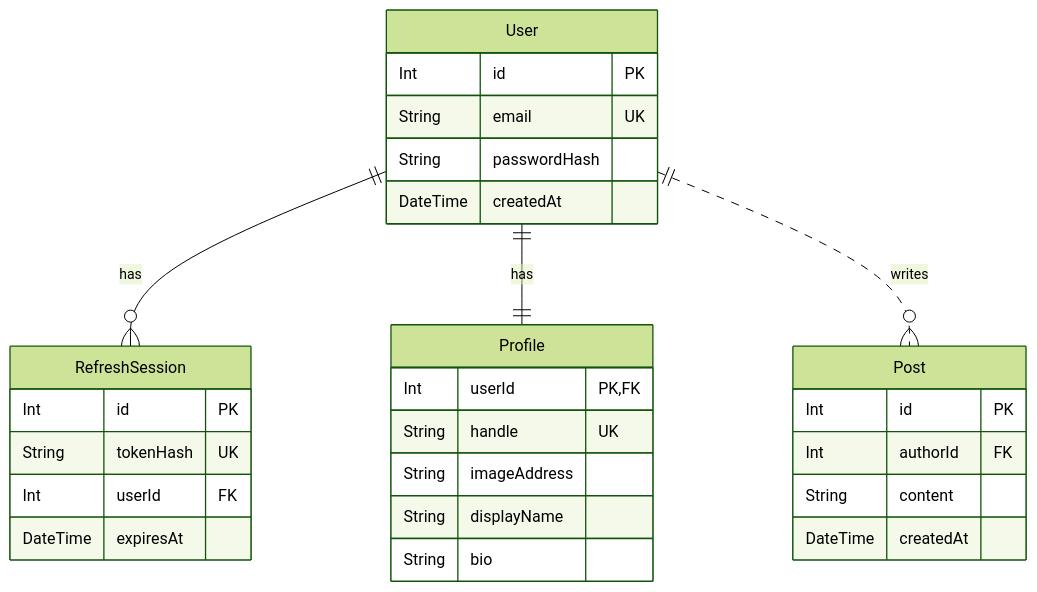
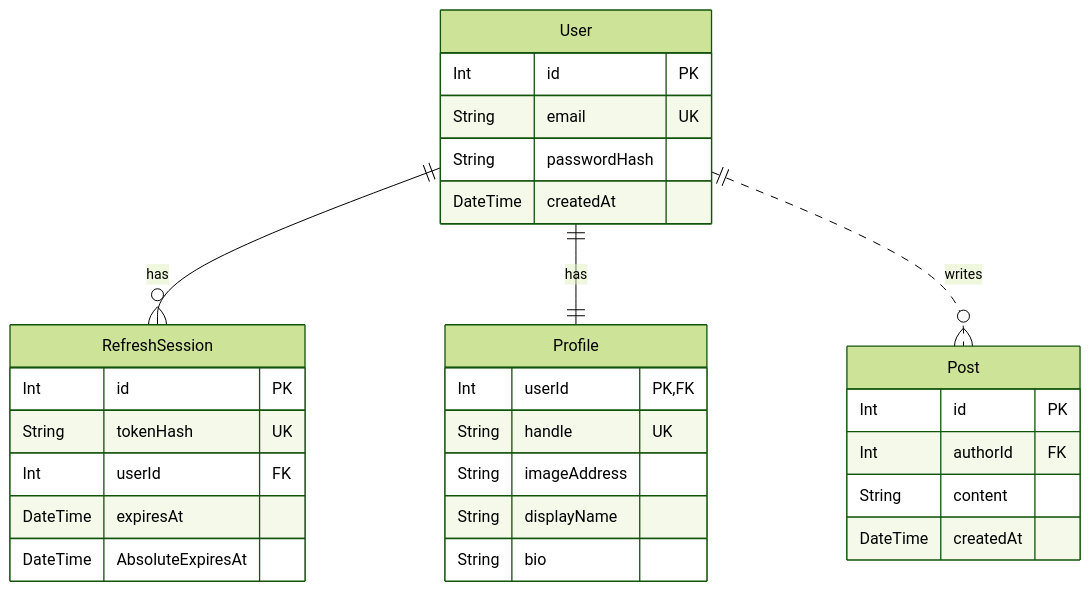
One commit to eudooyoung/odin-book changed the eighth of 8 diagrams in docs/PLAN.md. Above: the diagram before and after it, drawn with Mermaid (forest theme). The commit also changed 5 other files, not shown here.

````diff
--- a/docs/PLAN.md
+++ b/docs/PLAN.md
@@ -283,32 +283,33 @@
 ```mermaid
 erDiagram
     User ||--o{ RefreshSession: has
     User ||--|| Profile: has
     User ||..o{ Post: writes
 
     User {
         Int id PK
         String email UK
         String passwordHash
         DateTime createdAt
     }
     Profile{
         Int userId PK, FK
         String handle UK
         String imageAddress
         String displayName
         String bio
     }
     Post {
         Int id PK
         Int authorId FK
         String content
         DateTime createdAt
     }
     RefreshSession {
         Int id PK
         String tokenHash UK
         Int userId FK
         DateTime expiresAt
+        DateTime AbsoluteExpiresAt
     }
 ```
````
